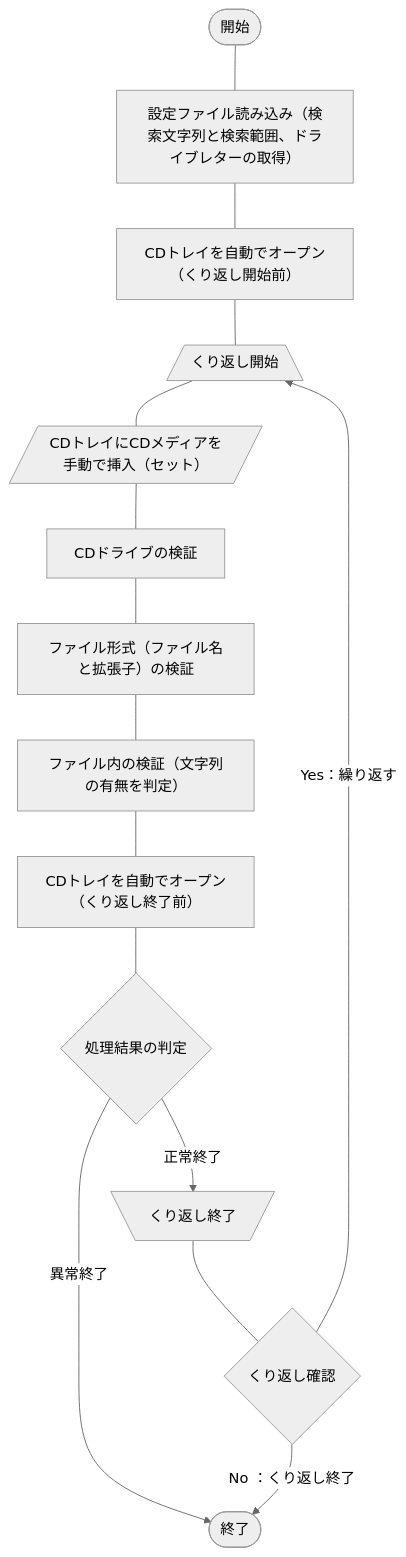
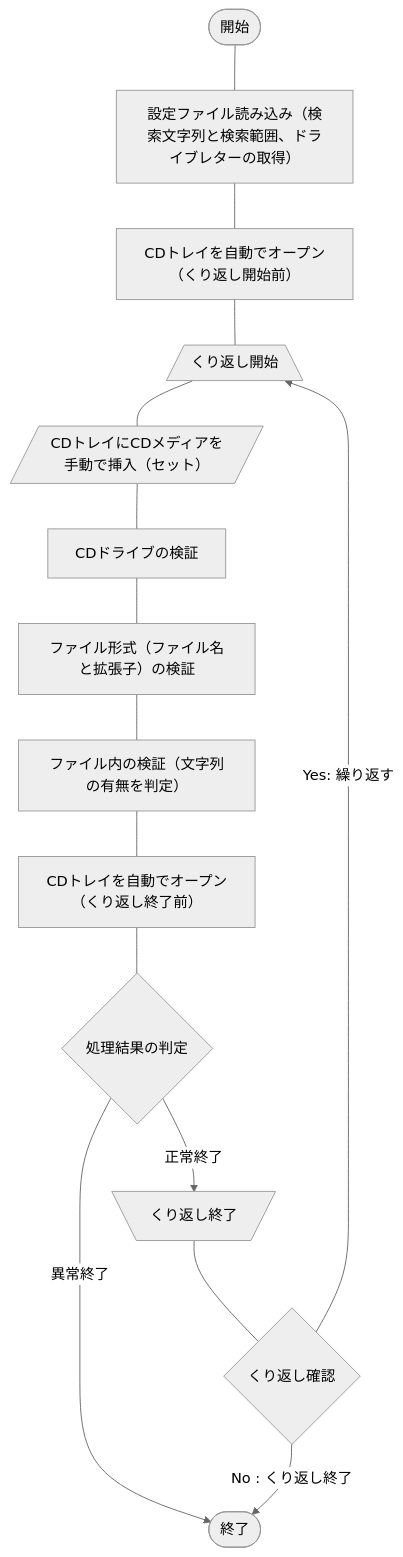
Before and after one commit to akiGAMEBOY/haretokidoki_zn: the diagram in articles/f1634c386ffc1d.md, drawn with Mermaid (neutral theme). The commit also changed other lines of this file and 23 other files, not shown here.

````diff
--- a/articles/f1634c386ffc1d.md
+++ b/articles/f1634c386ffc1d.md
@@ -44,17 +44,17 @@
 ```mermaid
 flowchart TB
     A(["開始"]) --- B["設定ファイル読み込み（検索文字列と検索範囲、ドライブレターの取得）"]
     B --- C["CDトレイを自動でオープン（くり返し開始前）"]
     C --- D[/"くり返し開始"\]
     D --- E[/"CDトレイにCDメディアを手動で挿入（セット）"/]
     E --- F["CDドライブの検証"]
     F --- G["ファイル形式（ファイル名と拡張子）の検証"]
     G --- H["ファイル内の検証（文字列の有無を判定）"]
     H --- I["CDトレイを自動でオープン（くり返し終了前）"]
     I --- J{"処理結果の判定"}
     J --> |"正常終了"| K[\"くり返し終了"/]
     J --> |"異常終了"| M(["終了"])
     K --- L{"くり返し確認"}
-    L --> |"Yes：繰り返す"| D
-    L --> |"No ：くり返し終了"| M
+    L --> |"Yes: 繰り返す"| D
+    L --> |"No : くり返し終了"| M
 ```
````
